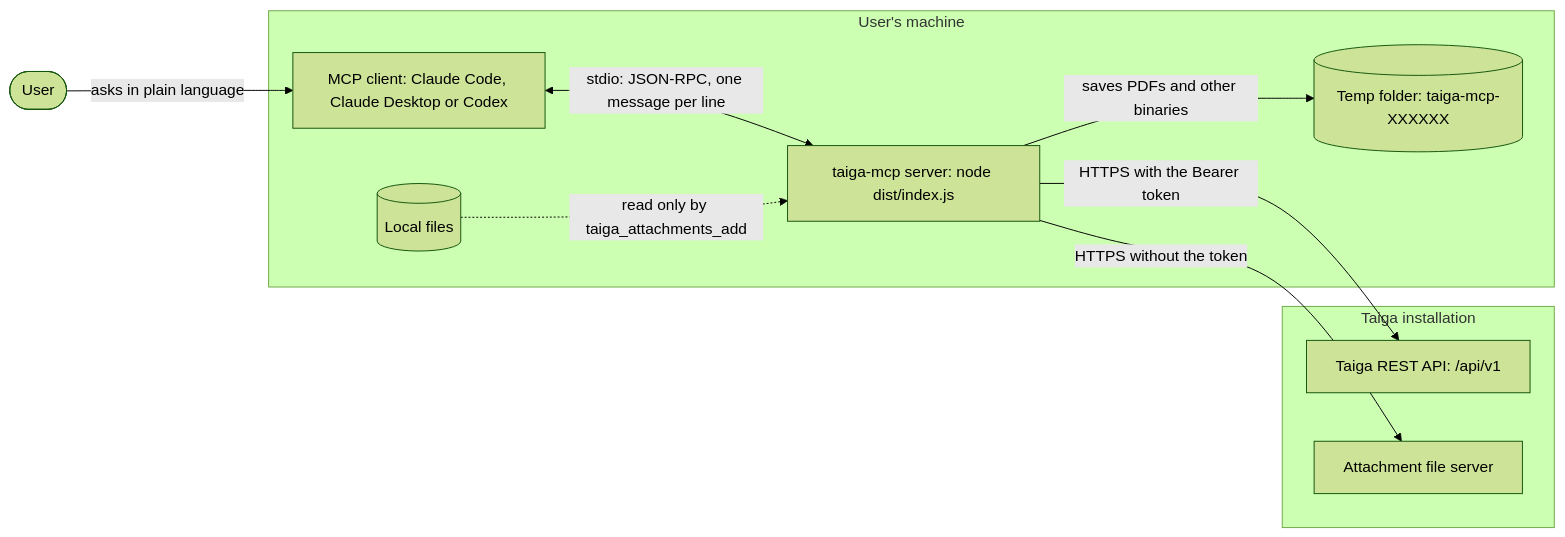
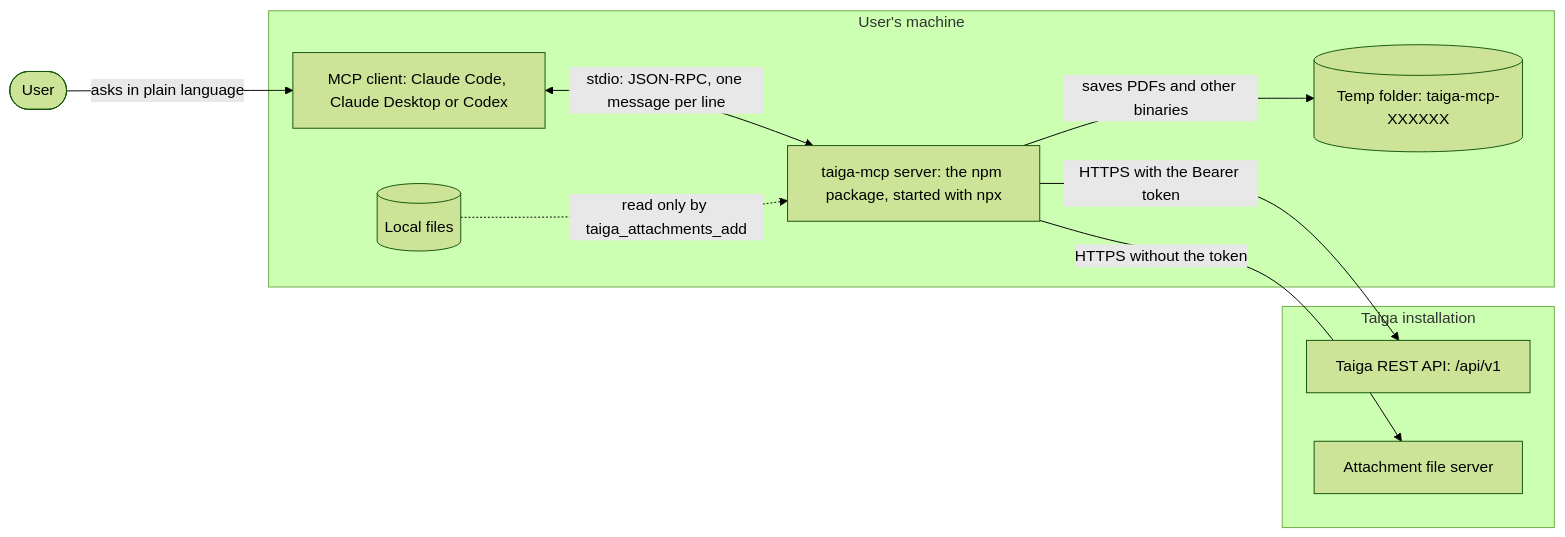
The first of 6 diagrams in docs/architecture.md (CamposCodes/taiga-r2da-mcp), drawn with Mermaid (forest theme) before and after one commit. The commit also changed other lines of this file and 5 other files, not shown here.

Commit message:
docs: put the npm package first, with an Install section, a standard config and blocks for VS Code and Cursor

````diff
--- a/docs/architecture.md
+++ b/docs/architecture.md
@@ -15,20 +15,20 @@
 ```mermaid
 flowchart LR
     user(["User"])
     subgraph machine["User's machine"]
         client["MCP client: Claude Code, Claude Desktop or Codex"]
-        server["taiga-mcp server: node dist/index.js"]
+        server["taiga-mcp server: the npm package, started with npx"]
         temp[("Temp folder: taiga-mcp-XXXXXX")]
         files[("Local files")]
     end
     subgraph remote["Taiga installation"]
         api["Taiga REST API: /api/v1"]
         media["Attachment file server"]
     end
     user -->|"asks in plain language"| client
     client <-->|"stdio: JSON-RPC, one message per line"| server
     server -->|"HTTPS with the Bearer token"| api
     server -->|"HTTPS without the token"| media
     server -->|"saves PDFs and other binaries"| temp
     files -.->|"read only by taiga_attachments_add"| server
 ```
````
